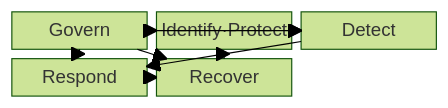
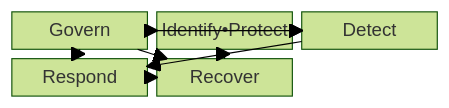
The first of 2 diagrams in src/content/docs/notes/05-security/111_nist_csf.md (agnusdei1207/knowledge-base), drawn with Mermaid (forest theme) before and after one commit. The commit also changed other lines of this file and 953 other files, not shown here.

````diff
--- a/src/content/docs/notes/05-security/111_nist_csf.md
+++ b/src/content/docs/notes/05-security/111_nist_csf.md
@@ -66,17 +66,17 @@
 ```mermaid
 block
   columns 3
   G["Govern"]
-  IP["Identify·Protect"]
+  IP["Identify•Protect"]
   D["Detect"]
   RS["Respond"]
   RC["Recover"]
   G --> IP
   G --> D
   G --> RS
   G --> RC
   IP --> D
   D --> RS
   RS --> RC
   RC --> IP
 ```
````
